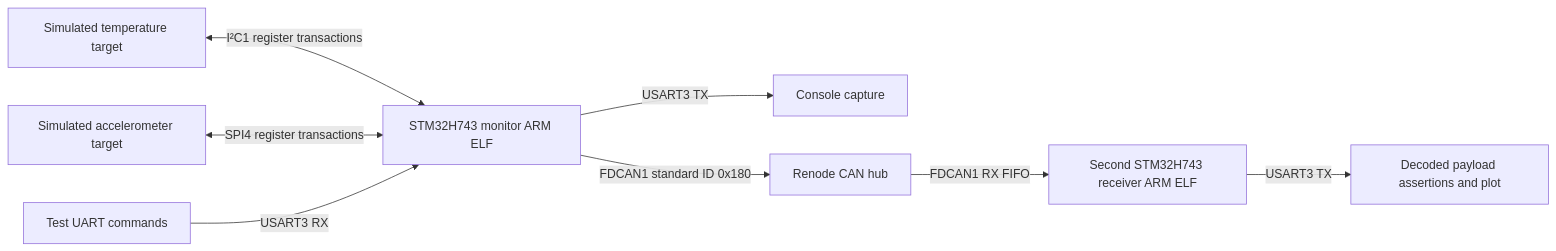
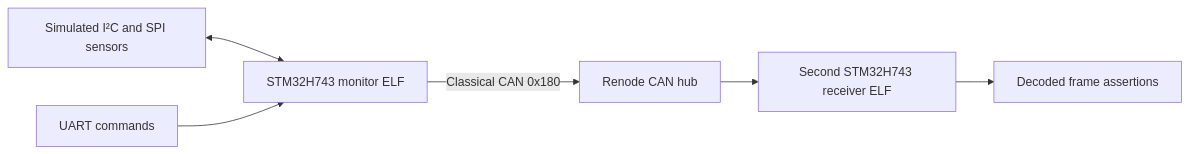
One commit to Arjun0170/stm32-machine-health-monitor changed the diagram in README.md. Above: the diagram before and after it, drawn with Mermaid. The commit also changed other lines of this file and 6 other files, not shown here.

Commit message:
Present monitor results as captured CAN traces with a concise walkthrough

````diff
--- a/README.md
+++ b/README.md
@@ -58,10 +36,8 @@
 ```mermaid
 flowchart LR
-    Temp[Simulated temperature target] <-->|I²C1 register transactions| MCU[STM32H743 monitor ARM ELF]
-    Accel[Simulated accelerometer target] <-->|SPI4 register transactions| MCU
-    Input[Test UART commands] -->|USART3 RX| MCU
-    MCU -->|USART3 TX| Console[Console capture]
-    MCU -->|FDCAN1 standard ID 0x180| Hub[Renode CAN hub]
-    Hub -->|FDCAN1 RX FIFO| Receiver[Second STM32H743 receiver ARM ELF]
-    Receiver -->|USART3 TX| Assertions[Decoded payload assertions and plot]
+    Sensors[Simulated I²C and SPI sensors] <--> Monitor[STM32H743 monitor ELF]
+    UART[UART commands] --> Monitor
+    Monitor -->|Classical CAN 0x180| Hub[Renode CAN hub]
+    Hub --> Receiver[Second STM32H743 receiver ELF]
+    Receiver --> Checks[Decoded frame assertions]
 ```
````
